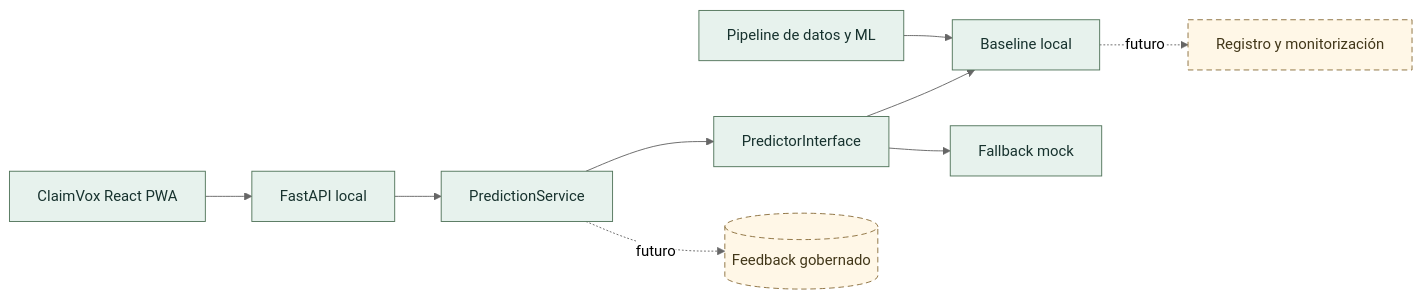
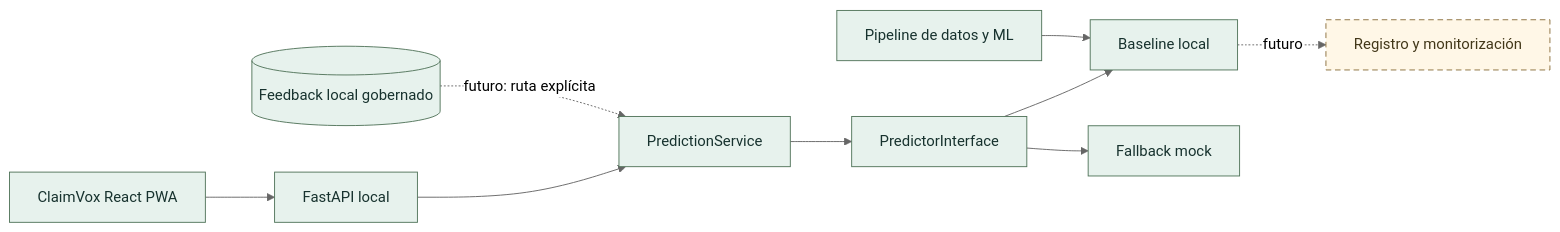
Before and after one commit to Bootcamp-IA-MAD-P7/Proyecto6-Grupo1: the second of 2 diagrams in README.md, drawn with Mermaid (neutral theme). The commit also changed other lines of this file and 17 other files, not shown here.

First line of the commit message:
feat: add governed local feedback persistence (#57)

````diff
--- a/README.md
+++ b/README.md
@@ -229,16 +230,18 @@
 ```mermaid
 flowchart LR
     UI[ClaimVox React PWA] --> API[FastAPI local]
     API --> UC[PredictionService]
     UC --> INF[PredictorInterface]
     INF --> MODEL[Baseline local]
     INF --> MOCK[Fallback mock]
     PIPE[Pipeline de datos y ML] --> MODEL
-    UC -. futuro .-> DB[(Feedback gobernado)]
+    FDB[(Feedback local gobernado)]
+    FDB -. futuro: ruta explícita .-> UC
     MODEL -. futuro .-> MON[Registro y monitorización]
 
     classDef prototype fill:#e7f2ed,stroke:#52755b,color:#17322e
     classDef planned fill:#fff7e7,stroke:#8b6f3d,stroke-dasharray:6 4,color:#423719
     class UI,API,UC,INF,MODEL,MOCK,PIPE prototype
-    class DB,MON planned
+    class FDB prototype
+    class MON planned
 ```
````
